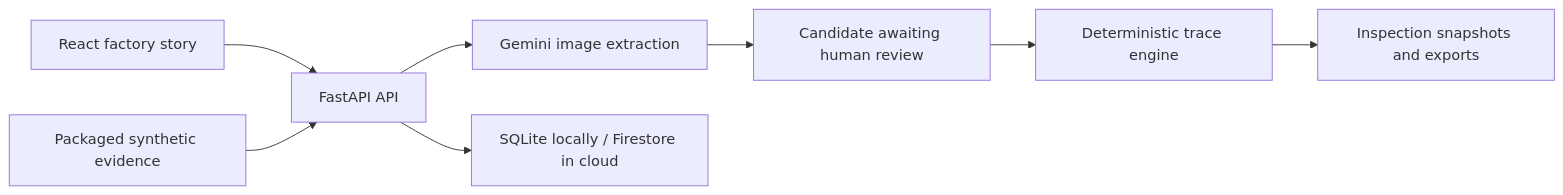
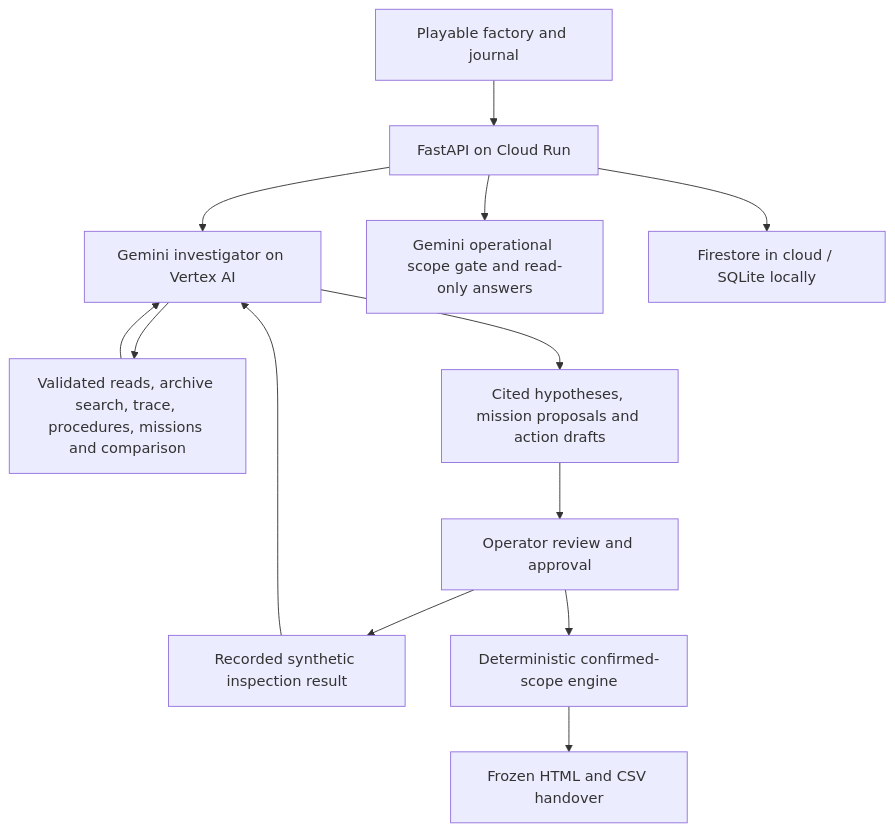
One commit to mk-tdev/BatchLens changed the diagram in README.md. Above: the diagram before and after it, drawn with Mermaid. The commit also changed other lines of this file and 14 other files, not shown here.

````diff
--- a/README.md
+++ b/README.md
@@ -78,10 +90,15 @@
 ```mermaid
-flowchart LR
-    UI[React factory story] --> API[FastAPI API]
-    API --> AI[Gemini image extraction]
-    AI --> Review[Candidate awaiting human review]
-    Review --> Engine[Deterministic trace engine]
-    Engine --> Report[Inspection snapshots and exports]
-    API --> Store[SQLite locally / Firestore in cloud]
-    Sources[Packaged synthetic evidence] --> API
+flowchart TD
+    UI[Playable factory and journal] --> API[FastAPI on Cloud Run]
+    API --> Agent[Gemini investigator on Vertex AI]
+    Agent --> Tools[Validated reads, archive search, trace, procedures, missions and comparison]
+    Tools --> Agent
+    Agent --> Draft[Cited hypotheses, mission proposals and action drafts]
+    Draft --> Human[Operator review and approval]
+    Human --> Result[Recorded synthetic inspection result]
+    Result --> Agent
+    Human --> Trace[Deterministic confirmed-scope engine]
+    Trace --> Handover[Frozen HTML and CSV handover]
+    API --> Chat[Gemini operational scope gate and read-only answers]
+    API --> Store[Firestore in cloud / SQLite locally]
 ```
````
